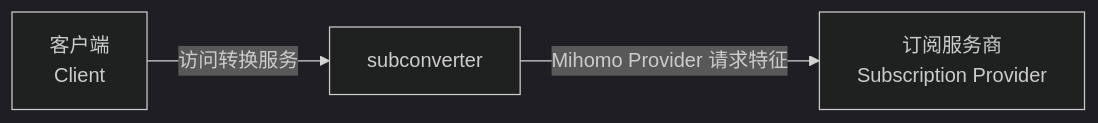
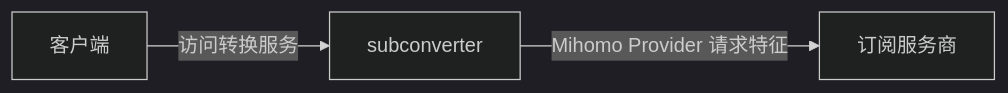
One commit to Aethersailor/subconverter changed the second of 2 diagrams in README.md. Above: the diagram before and after it, drawn with Mermaid (dark theme). The commit also changed other lines of this file and 2 other files, not shown here.

````diff
--- a/README.md
+++ b/README.md
@@ -154,5 +153,5 @@
 ```mermaid
 flowchart LR
-    A["客户端<br/>Client"] -->|"访问转换服务"| B["subconverter"]
-    B -->|"Mihomo Provider 请求特征"| C["订阅服务商<br/>Subscription Provider"]
+    A["客户端"] -->|"访问转换服务"| B["subconverter"]
+    B -->|"Mihomo Provider 请求特征"| C["订阅服务商"]
 ```
````
